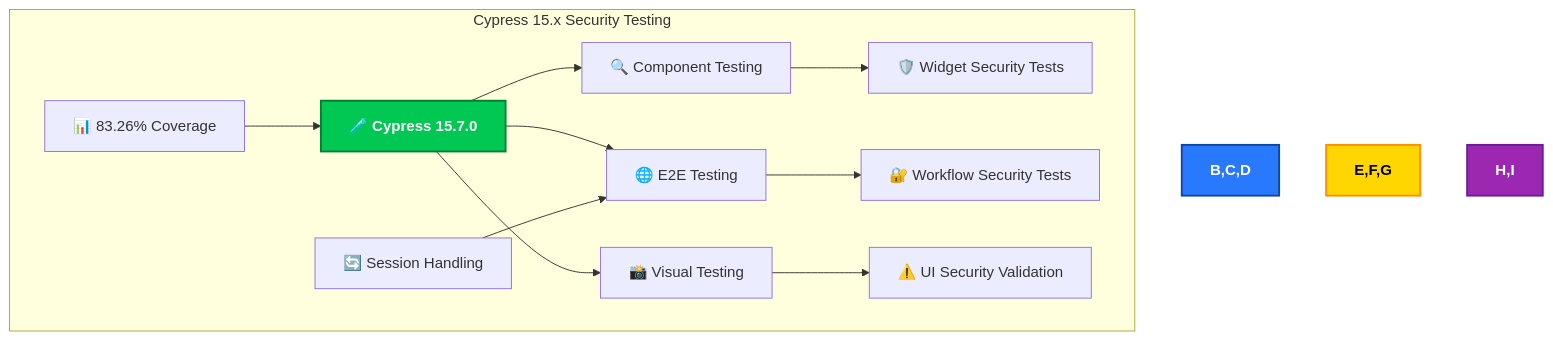
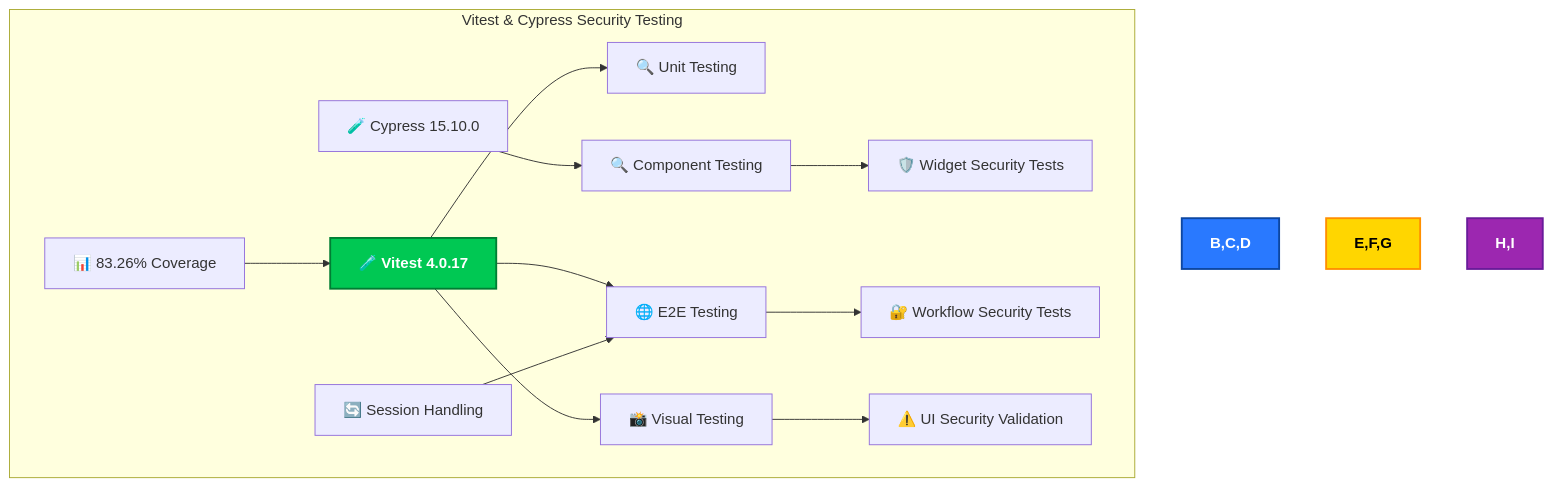
Before and after one commit to Hack23/cia-compliance-manager: diagram 20 of 32 in docs/architecture/SECURITY_ARCHITECTURE.md, drawn with Mermaid. The commit also changed other lines of this file and 9 other files, not shown here.

First line of the commit message:
docs: update architecture documents to accurately reflect current system (#974)

````diff
--- a/docs/architecture/SECURITY_ARCHITECTURE.md
+++ b/docs/architecture/SECURITY_ARCHITECTURE.md
@@ -1298,20 +1328,21 @@
 ```mermaid
 flowchart TD
-    subgraph "Cypress 15.x Security Testing"
-        A[🧪 Cypress 15.7.0] --> B[🔍 Component Testing]
+    subgraph "Vitest & Cypress Security Testing"
+        A[🧪 Vitest 4.0.17] --> B1[🔍 Unit Testing]
+        A1[🧪 Cypress 15.10.0] --> B[🔍 Component Testing]
         A --> C[🌐 E2E Testing]
         A --> D[📸 Visual Testing]
         
         B --> E[🛡️ Widget Security Tests]
         C --> F[🔐 Workflow Security Tests]
         D --> G[⚠️ UI Security Validation]
         
         H[📊 83.26% Coverage] --> A
         I[🔄 Session Handling] --> C
     end
 
     style A fill:#00C853,stroke:#007E33,stroke-width:2px,color:white,font-weight:bold
     style B,C,D fill:#2979FF,stroke:#0D47A1,stroke-width:2px,color:white,font-weight:bold
     style E,F,G fill:#FFD600,stroke:#FF8F00,stroke-width:2px,color:black,font-weight:bold
     style H,I fill:#9C27B0,stroke:#6A1B9A,stroke-width:2px,color:white,font-weight:bold
 ```
````
